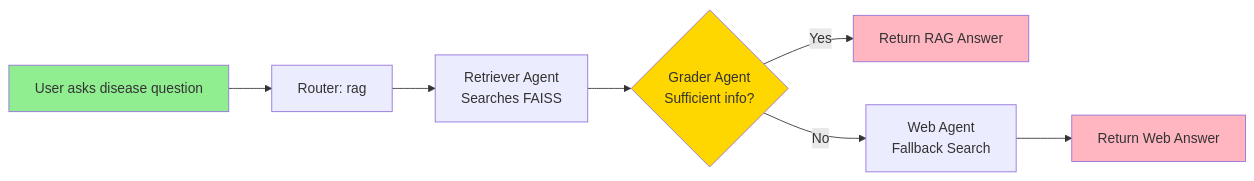
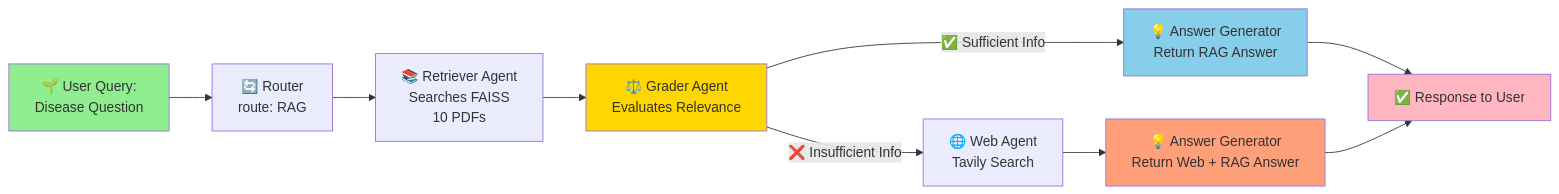
Before and after one commit to Sanila-577/yolo-tomato-disease-detector: the diagram in docs/agent-flowchart.md, drawn with Mermaid. The commit also changed other lines of this file and 1 other file, not shown here.

Commit message:
updated agentic flow

````diff
--- a/docs/agent-flowchart.md
+++ b/docs/agent-flowchart.md
@@ -150,14 +207,17 @@
 ```mermaid
 graph LR
-    A[User asks disease question] --> B[Router: rag]
-    B --> C[Retriever Agent<br/>Searches FAISS]
-    C --> D{Grader Agent<br/>Sufficient info?}
-    D -->|Yes| E[Return RAG Answer]
-    D -->|No| F[Web Agent<br/>Fallback Search]
-    F --> G[Return Web Answer]
-    
+    A["🌱 User Query:<br/>Disease Question"] --> B["🔄 Router<br/>route: RAG"]
+    B --> C["📚 Retriever Agent<br/>Searches FAISS<br/>10 PDFs"]
+    C --> D["⚖️ Grader Agent<br/>Evaluates Relevance"]
+    D -->|"✅ Sufficient Info"| E["💡 Answer Generator<br/>Return RAG Answer"]
+    D -->|"❌ Insufficient Info"| F["🌐 Web Agent<br/>Tavily Search"]
+    F --> G["💡 Answer Generator<br/>Return Web + RAG Answer"]
+    E --> H["✅ Response to User"]
+    G --> H
+  
     style A fill:#90EE90
-    style E fill:#FFB6C1
-    style G fill:#FFB6C1
+    style H fill:#FFB6C1
     style D fill:#FFD700
+    style E fill:#87CEEB
+    style G fill:#FFA07A
 ```
````
